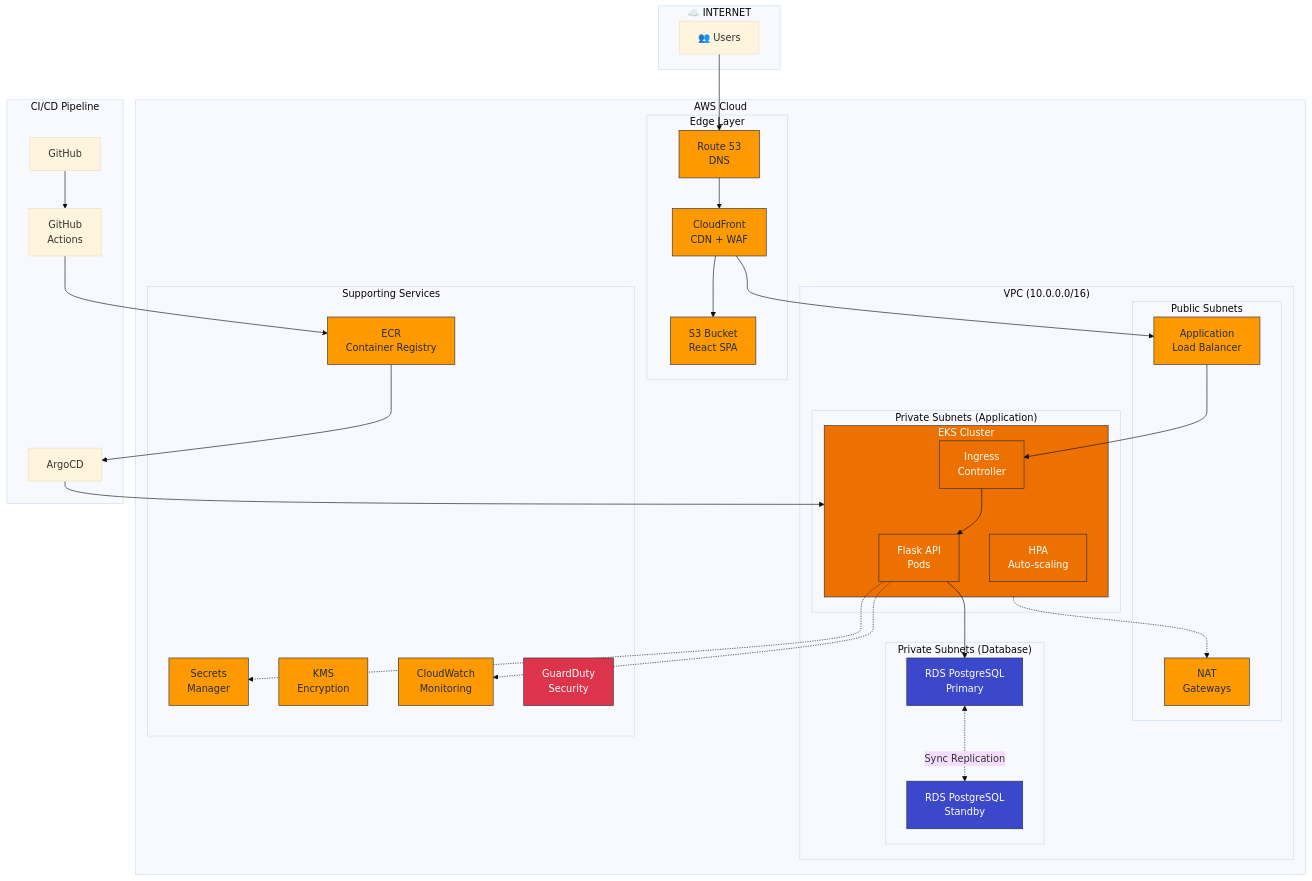
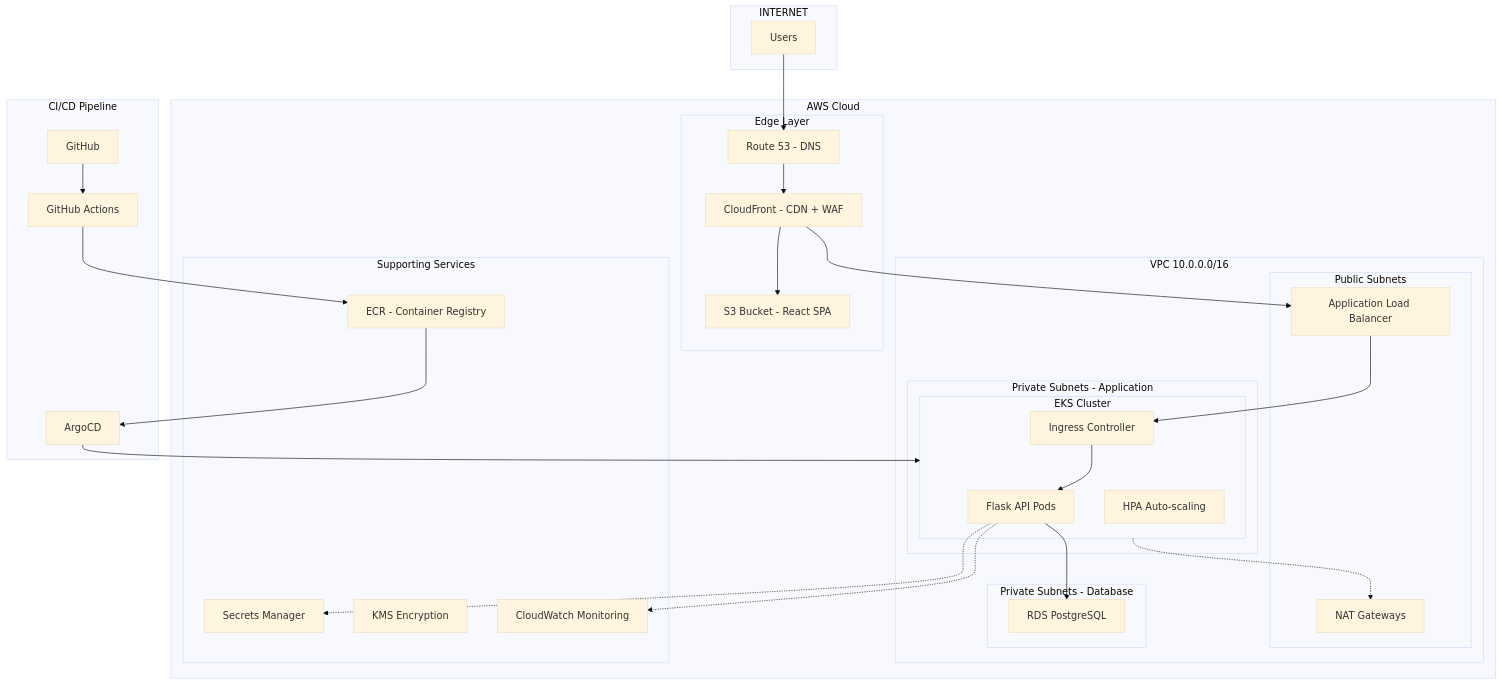
The diagram in innnovate/diagrams/architecture-overview.mermaid (ArenHarut/opsfleet-task), drawn with Mermaid (base theme) before and after one commit.

Commit message:
Refactor architecture diagram for clarity

```diff
--- a/innnovate/diagrams/architecture-overview.mermaid
+++ b/innnovate/diagrams/architecture-overview.mermaid
@@ -1,75 +1,61 @@
 flowchart TB
-    subgraph Internet["☁️ INTERNET"]
-        Users["👥 Users"]
+    subgraph Internet["INTERNET"]
+        Users["Users"]
     end
 
     subgraph AWS["AWS Cloud"]
         subgraph Edge["Edge Layer"]
-            R53["Route 53<br/>DNS"]
-            CF["CloudFront<br/>CDN + WAF"]
-            S3["S3 Bucket<br/>React SPA"]
+            R53["Route 53 - DNS"]
+            CF["CloudFront - CDN + WAF"]
+            S3["S3 Bucket - React SPA"]
         end
 
-        subgraph VPC["VPC (10.0.0.0/16)"]
+        subgraph VPC["VPC 10.0.0.0/16"]
             subgraph Public["Public Subnets"]
-                ALB["Application<br/>Load Balancer"]
-                NAT["NAT<br/>Gateways"]
+                ALB["Application Load Balancer"]
+                NAT["NAT Gateways"]
             end
 
-            subgraph Private["Private Subnets (Application)"]
+            subgraph Private["Private Subnets - Application"]
                 subgraph EKS["EKS Cluster"]
-                    API["Flask API<br/>Pods"]
-                    Ingress["Ingress<br/>Controller"]
-                    HPA["HPA<br/>Auto-scaling"]
+                    API["Flask API Pods"]
+                    Ingress["Ingress Controller"]
+                    HPA["HPA Auto-scaling"]
                 end
             end
 
-            subgraph Database["Private Subnets (Database)"]
-                RDS_Primary["RDS PostgreSQL<br/>Primary"]
-                RDS_Standby["RDS PostgreSQL<br/>Standby"]
+            subgraph Database["Private Subnets - Database"]
+                RDS["RDS PostgreSQL"]
             end
         end
 
         subgraph Services["Supporting Services"]
-            ECR["ECR<br/>Container Registry"]
-            SM["Secrets<br/>Manager"]
-            KMS["KMS<br/>Encryption"]
-            CW["CloudWatch<br/>Monitoring"]
-            GD["GuardDuty<br/>Security"]
+            ECR["ECR - Container Registry"]
+            SM["Secrets Manager"]
+            KMS["KMS Encryption"]
+            CW["CloudWatch Monitoring"]
         end
     end
 
     subgraph CICD["CI/CD Pipeline"]
         GH["GitHub"]
-        GHA["GitHub<br/>Actions"]
+        GHA["GitHub Actions"]
         ARGO["ArgoCD"]
     end
 
     Users --> R53
     R53 --> CF
     CF --> S3
     CF --> ALB
     ALB --> Ingress
     Ingress --> API
-    API --> RDS_Primary
-    RDS_Primary <-.->|Sync Replication| RDS_Standby
+    API --> RDS
     
     GH --> GHA
     GHA --> ECR
     ECR --> ARGO
     ARGO --> EKS
     
     API -.-> SM
     API -.-> CW
     EKS -.-> NAT
-    
-    classDef aws fill:#FF9900,stroke:#232F3E,color:#232F3E
-    classDef security fill:#DD344C,stroke:#232F3E,color:white
-    classDef database fill:#3B48CC,stroke:#232F3E,color:white
-    classDef compute fill:#ED7100,stroke:#232F3E,color:white
-    classDef network fill:#8C4FFF,stroke:#232F3E,color:white
-    
-    class R53,CF,S3,ALB,NAT,ECR,SM,KMS,CW aws
-    class GD security
-    class RDS_Primary,RDS_Standby database
-    class API,EKS,Ingress,HPA compute
```
